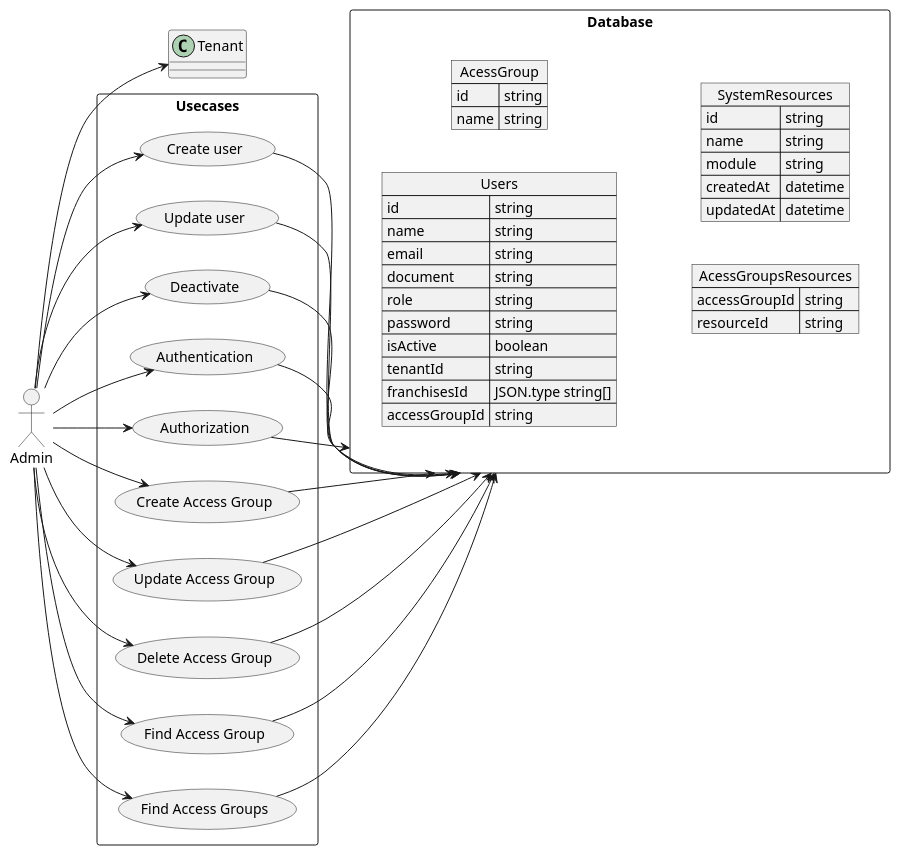
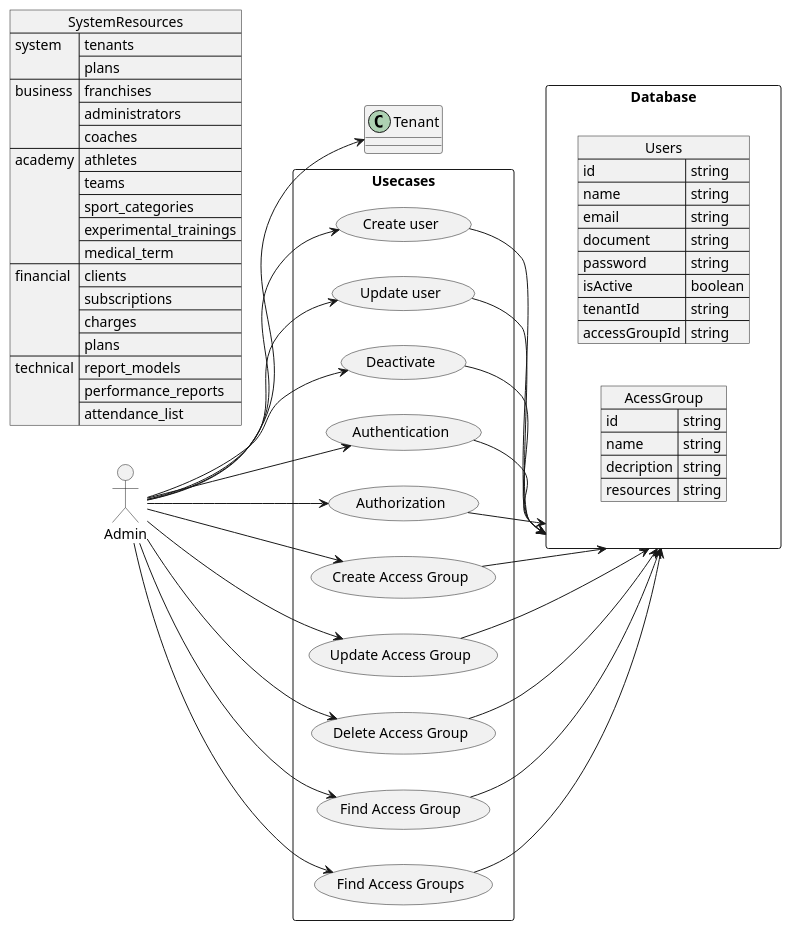
One commit to gustavorodrigues19/ddd-api changed the diagram in uml/authentication.usecase.wsd. Above: the diagram before and after it, drawn with PlantUML. The commit also changed 20 other files, not shown here.

Commit message:
accessGroups, changing user, changing tests and adding system resources

```diff
--- a/uml/authentication.usecase.wsd
+++ b/uml/authentication.usecase.wsd
@@ -1,81 +1,76 @@
 @startuml
 allowmixing
 
 left to right direction
 
 actor "Admin" as admin
 
 rectangle Usecases {
   usecase "Create user" as CU
   usecase "Update user" as UU
   usecase "Deactivate" as DU
   usecase "Authentication" as ATC
   usecase "Authorization" as ATR
 
   usecase "Create Access Group" as CAG
   usecase "Update Access Group" as UAG
   usecase "Delete Access Group" as DAG
   usecase "Find Access Group" as FAG
   usecase "Find Access Groups" as FAGS
 }
 
 rectangle Database {
   json Users {
    "id":"string",
    "name":"string",
    "email": "string",
    "document":"string",
-   "role": "string",
    "password": "string",
    "isActive": "boolean",
    "tenantId": "string",
-   "franchisesId": "JSON.type string[]",
    "accessGroupId": "string"
   }
 
   json AcessGroup{
     "id": "string",
-    "name": "string"
+    "name": "string",
+    "decription": "string",
+    "resources": "string"
   }
+}
 
-  json AcessGroupsResources{
-    "accessGroupId": "string",
-    "resourceId": "string"
-  }
-
-  json SystemResources {
-   "id": "string",
-   "name": "string",
-   "module": "string",
-   "createdAt": "datetime",
-   "updatedAt": "datetime"
-  }
+json SystemResources {
+  "system": ["tenants", "plans"],
+  "business": ["franchises", "administrators", "coaches"],
+  "academy": ["athletes", "teams", "sport_categories", "experimental_trainings", "medical_term"], 
+  "financial": ["clients", "subscriptions", "charges", "plans"],
+  "technical": ["report_models", "performance_reports", "attendance_list"]
 }
 
 admin --> Tenant
 
 admin --> CU
 admin --> UU
 admin --> DU
 admin --> ATC
 admin --> ATR
 
 admin --> CAG
 admin --> UAG
 admin --> DAG
 admin --> FAG
 admin --> FAGS
 
 CU --> Database
 UU --> Database
 DU --> Database
 ATC --> Database
 ATR --> Database
 
 CAG --> Database
 UAG --> Database
 DAG --> Database
 FAG --> Database
 FAGS --> Database
 
 @enduml
```
